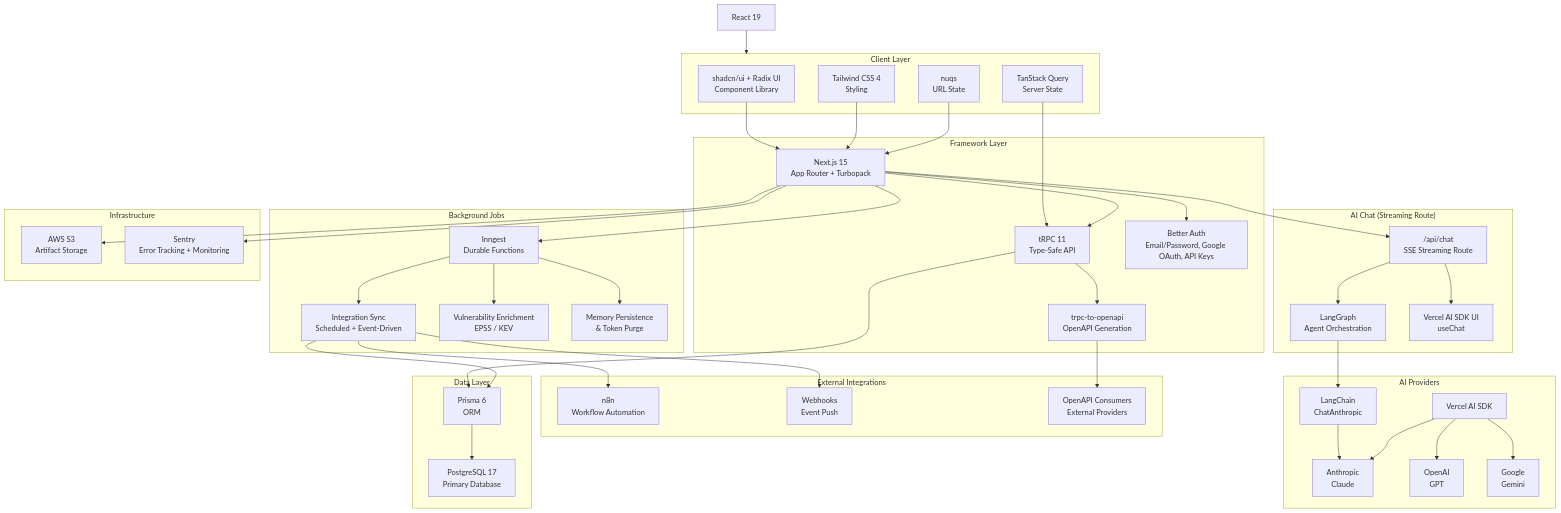
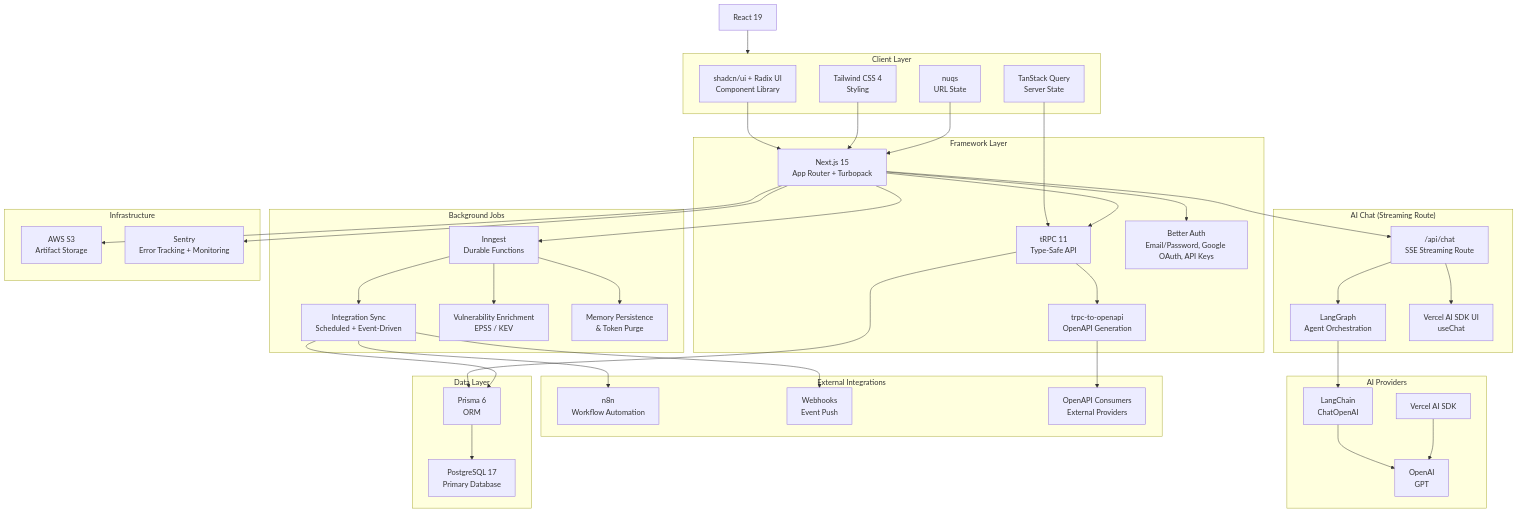
The first of 2 diagrams in docs/tech-stack.md (PATCH-UPGRADE/viper), drawn with Mermaid before and after one commit. The commit also changed other lines of this file and 34 other files, not shown here.

```diff
--- a/docs/tech-stack.md
+++ b/docs/tech-stack.md
@@ -32,11 +32,9 @@
     end
 
     subgraph ai ["AI Providers"]
-        LangChain["LangChain<br/>ChatAnthropic"]
+        LangChain["LangChain<br/>ChatOpenAI"]
         VercelAI["Vercel AI SDK"]
-        Anthropic["Anthropic<br/>Claude"]
         OpenAIProvider["OpenAI<br/>GPT"]
-        Google["Google<br/>Gemini"]
     end
 
     subgraph external ["External Integrations"]
@@ -77,11 +75,9 @@
     ChatRoute --> LangGraph
     ChatRoute --> AISDKUI
     LangGraph --> LangChain
-    LangChain --> Anthropic
+    LangChain --> OpenAIProvider
 
-    VercelAI --> Anthropic
     VercelAI --> OpenAIProvider
-    VercelAI --> Google
 
     IntegrationSync --> N8N
     IntegrationSync --> Webhooks
```
